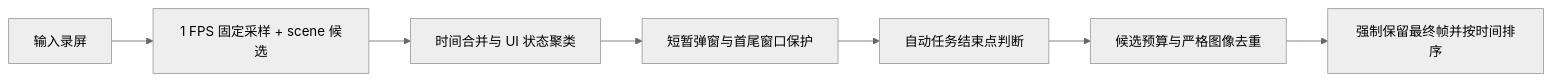
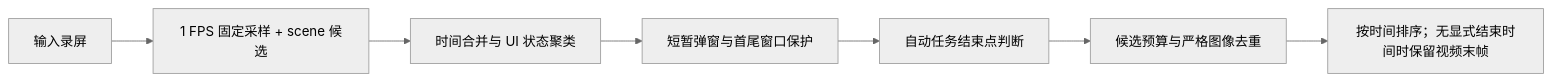
One commit to ShadowChris/auto_eval_agent changed the second of 3 diagrams in docs/操作类评测_设计思路.md. Above: the diagram before and after it, drawn with Mermaid (neutral theme). The commit also changed other lines of this file and 4 other files, not shown here.

````diff
--- a/docs/操作类评测_设计思路.md
+++ b/docs/操作类评测_设计思路.md
@@ -96,10 +96,10 @@
 ```mermaid
 flowchart LR
     A[输入录屏]
     --> B[1 FPS 固定采样 + scene 候选]
     --> C[时间合并与 UI 状态聚类]
     --> D[短暂弹窗与首尾窗口保护]
     --> E[自动任务结束点判断]
     --> F[候选预算与严格图像去重]
-    --> G[强制保留最终帧并按时间排序]
+    --> G[按时间排序；无显式结束时间时保留视频末帧]
 ```
````
